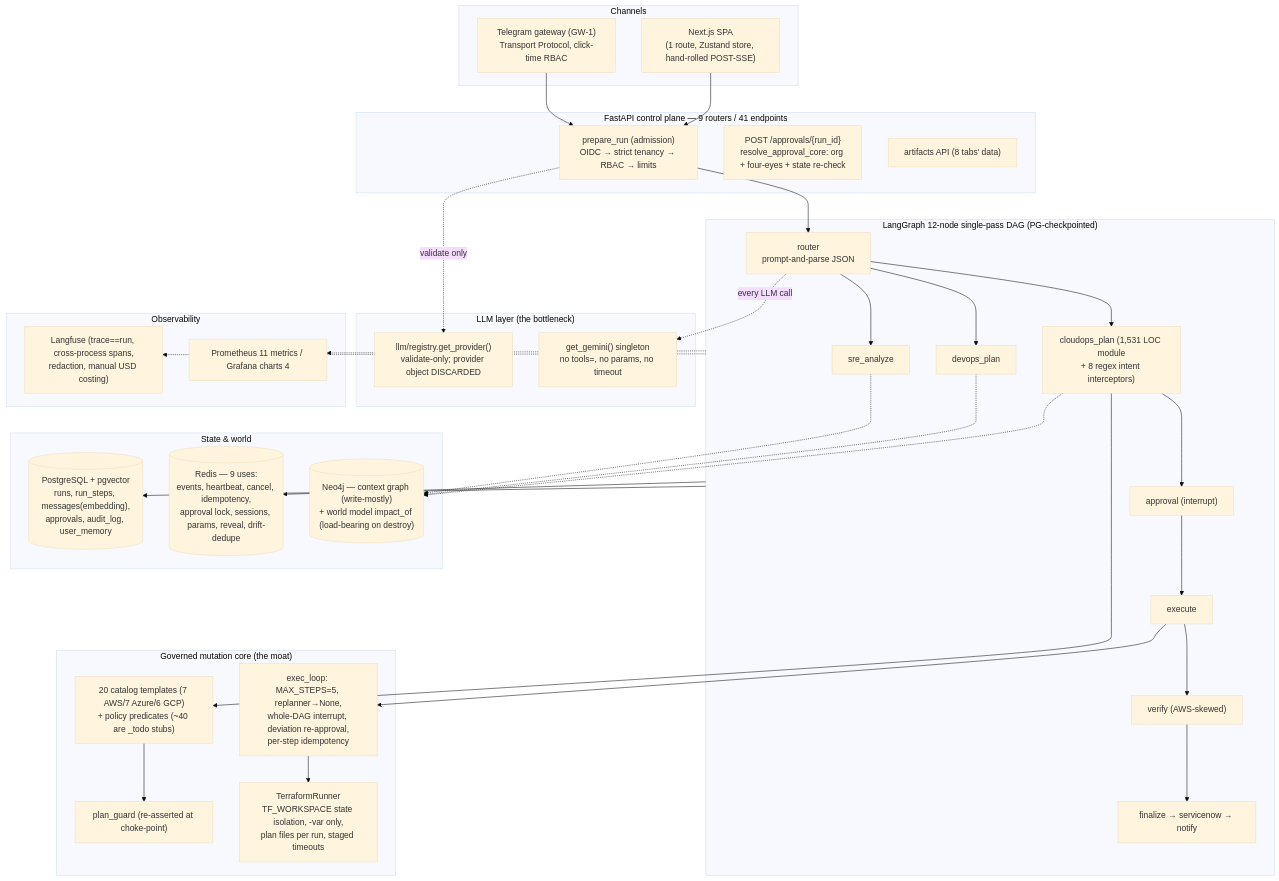
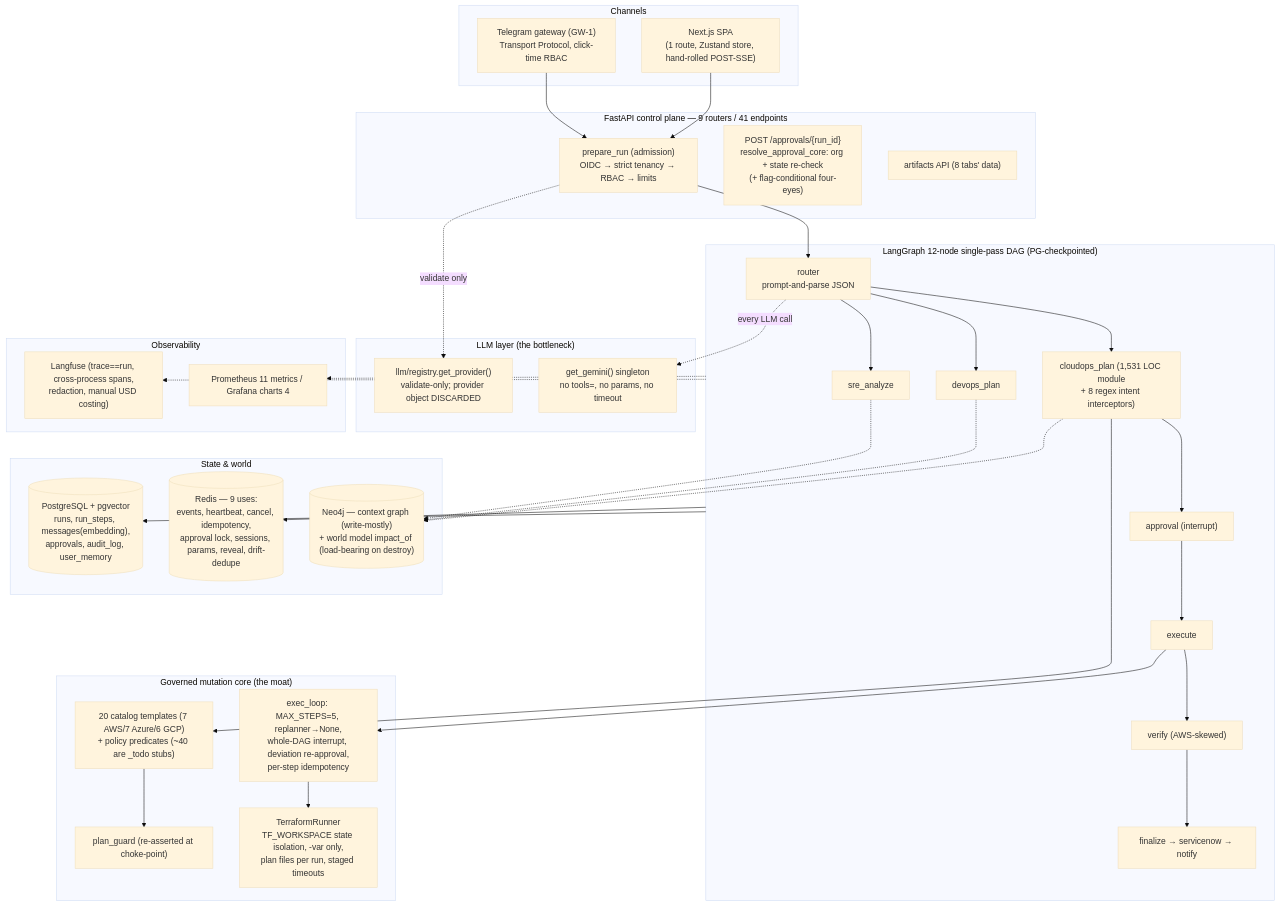
The diagram in Redesign/01-Current-State-Architecture.md (Saikumar22042002/AegisOps_AIOPS), drawn with Mermaid (base theme) before and after one commit. The commit also changed other lines of this file and 18 other files, not shown here.

````diff
--- a/Redesign/01-Current-State-Architecture.md
+++ b/Redesign/01-Current-State-Architecture.md
@@ -35,60 +35,60 @@
 ```mermaid
 flowchart TB
     subgraph CHANNELS["Channels"]
         SPA["Next.js SPA<br/>(1 route, Zustand store, hand-rolled POST-SSE)"]
         TG["Telegram gateway (GW-1)<br/>Transport Protocol, click-time RBAC"]
     end
 
     subgraph CONTROL["FastAPI control plane — 9 routers / 41 endpoints"]
         PREP["prepare_run (admission)<br/>OIDC → strict tenancy → RBAC → limits"]
-        APR["POST /approvals/{run_id}<br/>resolve_approval_core: org + four-eyes + state re-check"]
+        APR["POST /approvals/{run_id}<br/>resolve_approval_core: org + state re-check<br/>(+ flag-conditional four-eyes)"]
         ART["artifacts API (8 tabs' data)"]
     end
 
     subgraph GRAPH["LangGraph 12-node single-pass DAG (PG-checkpointed)"]
         RT["router<br/>prompt-and-parse JSON"]
         CP["cloudops_plan (1,531 LOC module<br/>+ 8 regex intent interceptors)"]
         DP["devops_plan"]
         SA["sre_analyze"]
         AP["approval (interrupt)"]
         EX["execute"]
         VF["verify (AWS-skewed)"]
         FN["finalize → servicenow → notify"]
     end
 
     subgraph LLM["LLM layer (the bottleneck)"]
         SEAM["llm/registry.get_provider()<br/>validate-only; provider object DISCARDED"]
         SING["get_gemini() singleton<br/>no tools=, no params, no timeout"]
     end
 
     subgraph GOV["Governed mutation core (the moat)"]
         TPL["20 catalog templates (7 AWS/7 Azure/6 GCP)<br/>+ policy predicates (~40 are _todo stubs)"]
         PG_["plan_guard (re-asserted at choke-point)"]
         TF["TerraformRunner<br/>TF_WORKSPACE state isolation, -var only,<br/>plan files per run, staged timeouts"]
         XL["exec_loop: MAX_STEPS=5, replanner→None,<br/>whole-DAG interrupt, deviation re-approval,<br/>per-step idempotency"]
     end
 
     subgraph STATE["State & world"]
         PGDB[("PostgreSQL + pgvector<br/>runs, run_steps, messages(embedding),<br/>approvals, audit_log, user_memory")]
         RDS[("Redis — 9 uses:<br/>events, heartbeat, cancel, idempotency,<br/>approval lock, sessions, params, reveal, drift-dedupe")]
         N4J[("Neo4j — context graph (write-mostly)<br/>+ world model impact_of (load-bearing on destroy)")]
     end
 
     subgraph OBS["Observability"]
         LF["Langfuse (trace==run, cross-process spans,<br/>redaction, manual USD costing)"]
         PROM["Prometheus 11 metrics / Grafana charts 4"]
     end
 
     SPA --> PREP --> RT
     TG --> PREP
     RT --> CP & DP & SA
     CP --> AP --> EX --> VF --> FN
     RT -.->|"every LLM call"| SING
     PREP -.->|"validate only"| SEAM
     EX --> XL --> TF
     CP --> TPL --> PG_
     GRAPH --> PGDB
     GRAPH --> RDS
     CP & DP & SA -.-> N4J
     GRAPH -.-> LF & PROM
 ```
````
